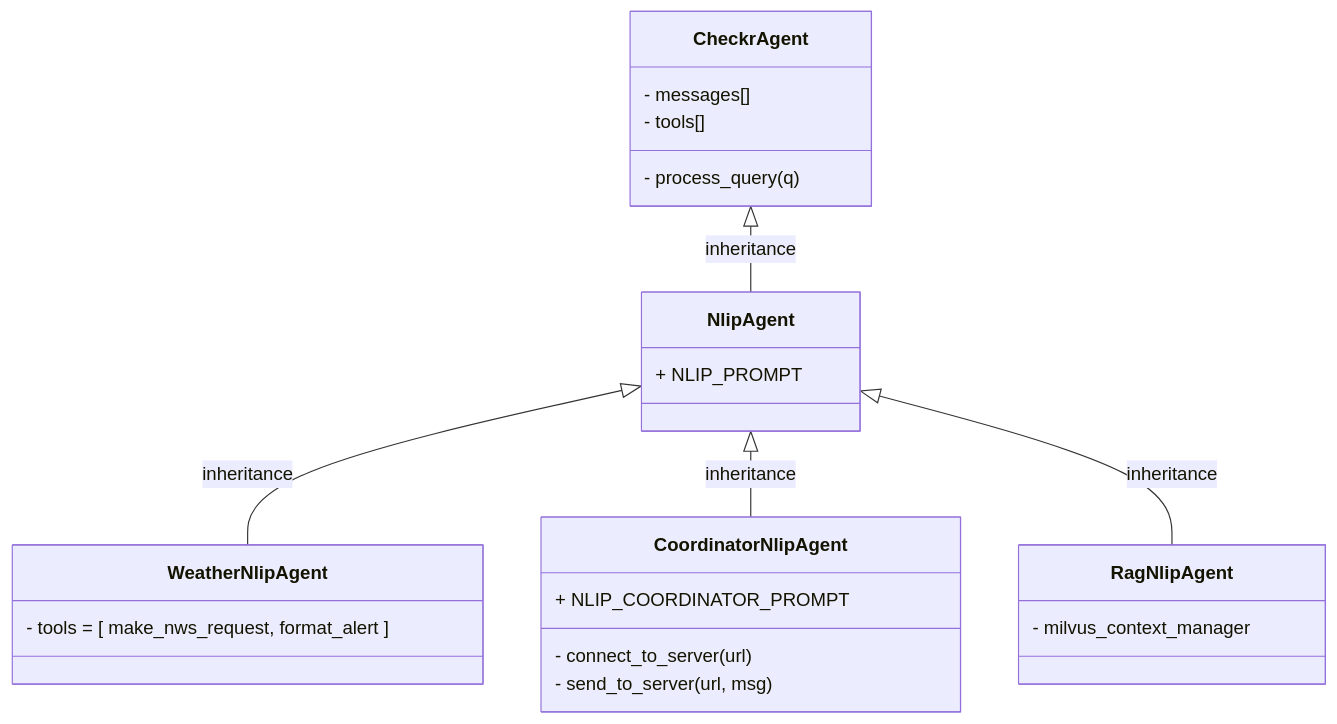
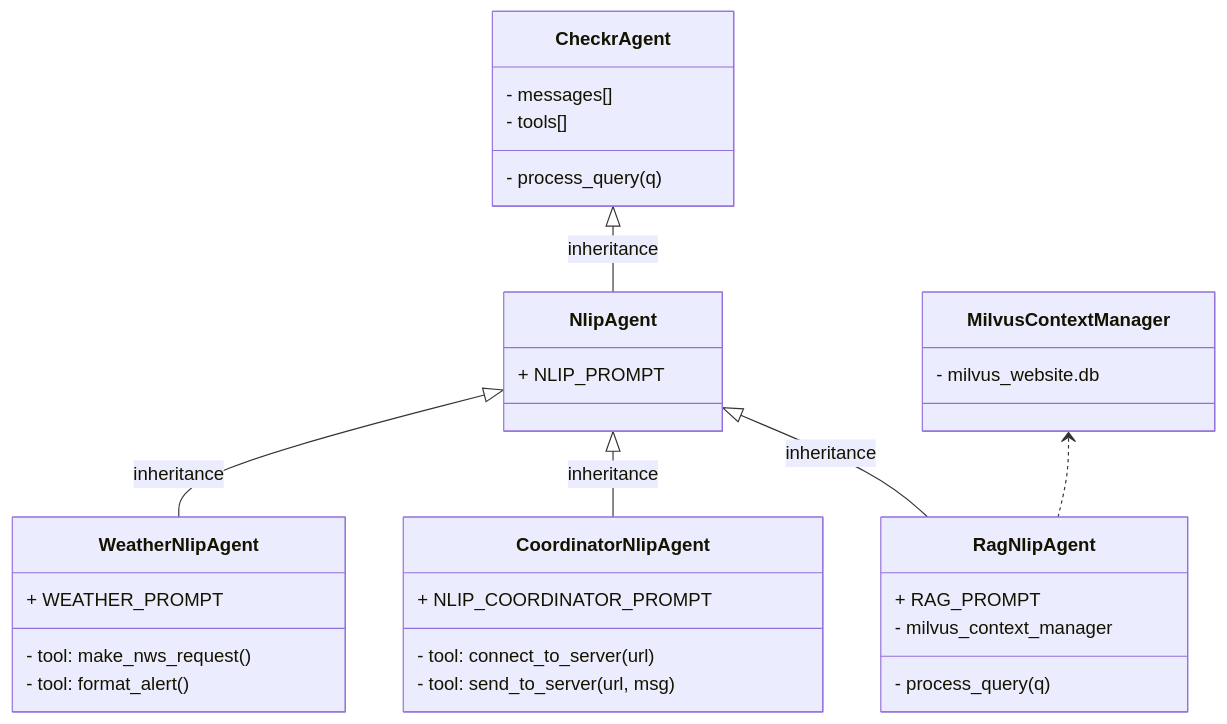
One commit to sheffler/checkr-agents changed the diagram in checkr_agents/agents/README.md. Above: the diagram before and after it, drawn with Mermaid.

````diff
--- a/checkr_agents/agents/README.md
+++ b/checkr_agents/agents/README.md
@@ -3,34 +3,43 @@
 ``` mermaid
 
 classDiagram
+direction TB
     class CheckrAgent {
-	  - messages[]
-	  - tools[]
+	    - messages[]
+	    - tools[]
+	    - process_query(q)
+    }
 
-	  - process_query(q)
-	}
-	
-	class NlipAgent {
-	  + NLIP_PROMPT
-	}
+    class NlipAgent {
+	    + NLIP_PROMPT
+    }
 
-	class WeatherNlipAgent {
-	  - tools = [ make_nws_request, format_alert ]
-	}
+    class WeatherNlipAgent {
+	    + WEATHER_PROMPT
+	    - tool: make_nws_request()
+	    - tool: format_alert()
+    }
 
-	class CoordinatorNlipAgent {
-	  + NLIP_COORDINATOR_PROMPT
+    class CoordinatorNlipAgent {
+	    + NLIP_COORDINATOR_PROMPT
+	    - tool: connect_to_server(url)
+	    - tool: send_to_server(url, msg)
+    }
 
-	  - connect_to_server(url)
-	  - send_to_server(url, msg)
-	}
+    class RagNlipAgent {
+	    + RAG_PROMPT
+	    - milvus_context_manager
+	    - process_query(q)
+    }
 
-	class RagNlipAgent {
-	  - milvus_context_manager
-	}
-	
-	CheckrAgent <|-- NlipAgent : inheritance
-	NlipAgent <|-- WeatherNlipAgent : inheritance
-	NlipAgent <|-- CoordinatorNlipAgent : inheritance
-	NlipAgent <|-- RagNlipAgent : inheritance
+    class MilvusContextManager {
+	    - milvus_website.db
+    }
+
+    CheckrAgent <|-- NlipAgent : inheritance
+    NlipAgent <|-- WeatherNlipAgent : inheritance
+    NlipAgent <|-- CoordinatorNlipAgent : inheritance
+    NlipAgent <|-- RagNlipAgent : inheritance
+    MilvusContextManager <.. RagNlipAgent
+
 ```
````
